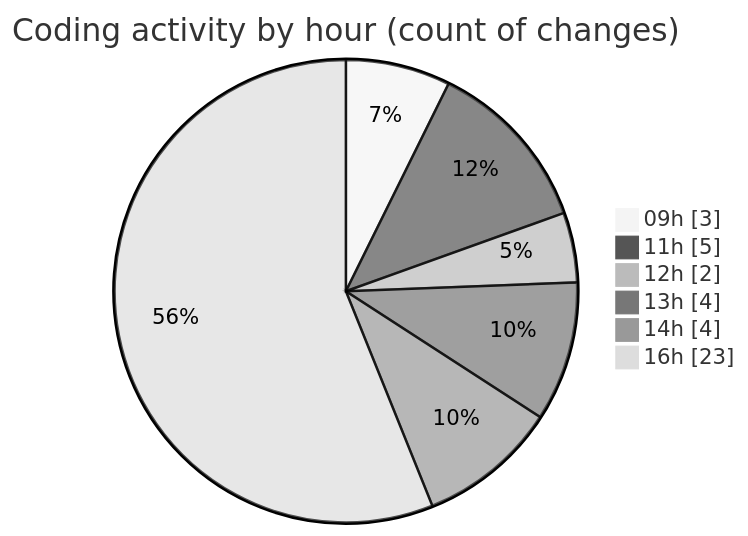
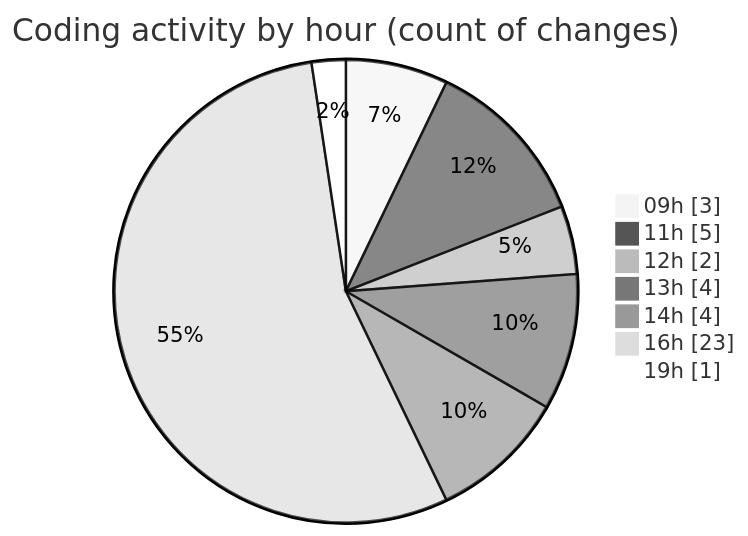
One commit to ricardozamudiocil/code-tracking changed the second of 2 diagrams in 2026-03-03/cilapp/README.md. Above: the diagram before and after it, drawn with Mermaid (neutral theme). The commit also changed other lines of this file and 2 other files, not shown here.

````diff
--- a/2026-03-03/cilapp/README.md
+++ b/2026-03-03/cilapp/README.md
@@ -38,10 +38,11 @@
 ```mermaid
 pie showData
 title Coding activity by hour (count of changes)
 "09h" : 3
 "11h" : 5
 "12h" : 2
 "13h" : 4
 "14h" : 4
 "16h" : 23
+"19h" : 1
 ```
````
